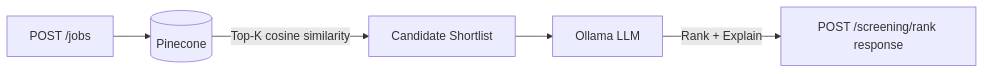
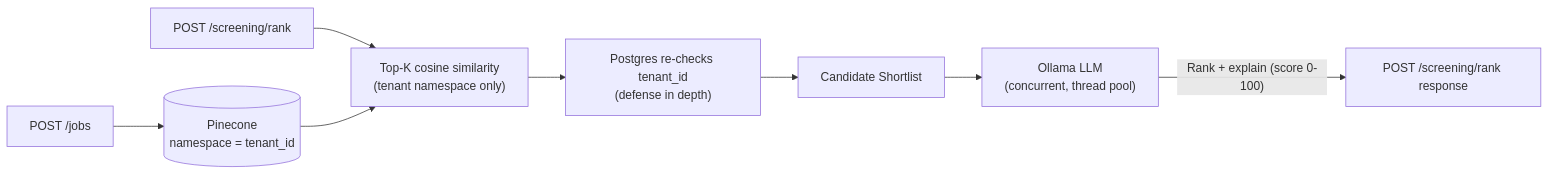
The third of 3 diagrams in README.md (LakshyaTecno/resume-screening-service), drawn with Mermaid before and after one commit. The commit also changed other lines of this file, not shown here.

First line of the commit message:
Fix stale content in the two per-pipeline README diagrams

````diff
--- a/README.md
+++ b/README.md
@@ -117,7 +122,10 @@
 ```mermaid
 flowchart LR
-    JD["POST /jobs"] --> PC[(Pinecone)]
-    PC -->|Top-K cosine similarity| Shortlist[Candidate Shortlist]
-    Shortlist --> LLM2[Ollama LLM]
-    LLM2 -->|Rank + Explain| Results["POST /screening/rank response"]
+    JD["POST /jobs"] --> PC[("Pinecone<br/>namespace = tenant_id")]
+    Rank["POST /screening/rank"] --> Query["Top-K cosine similarity<br/>(tenant namespace only)"]
+    PC --> Query
+    Query --> Recheck["Postgres re-checks tenant_id<br/>(defense in depth)"]
+    Recheck --> Shortlist[Candidate Shortlist]
+    Shortlist --> LLM2["Ollama LLM<br/>(concurrent, thread pool)"]
+    LLM2 -->|"Rank + explain (score 0-100)"| Results["POST /screening/rank response"]
 ```
````
